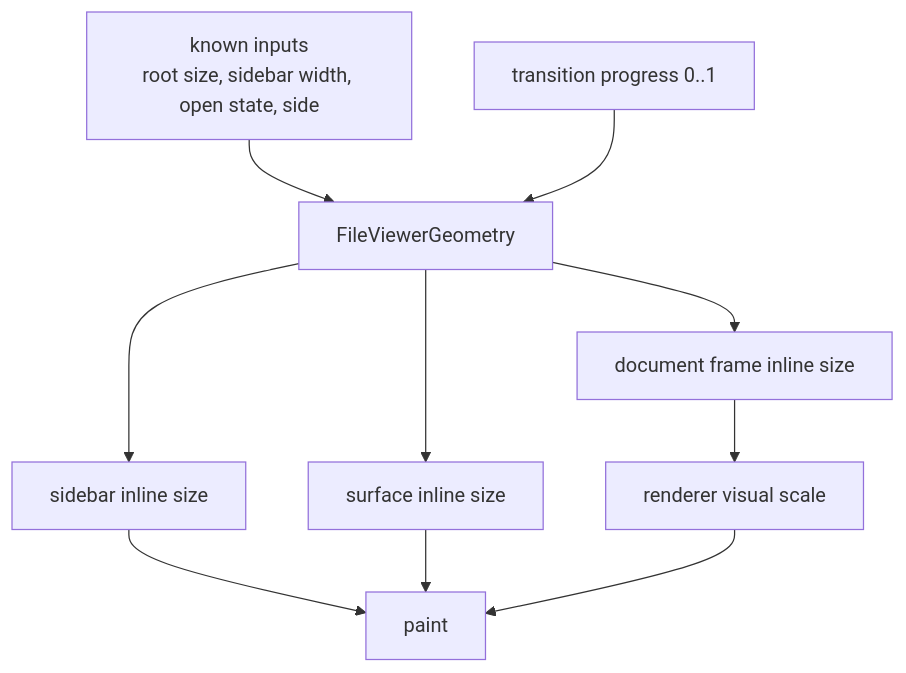
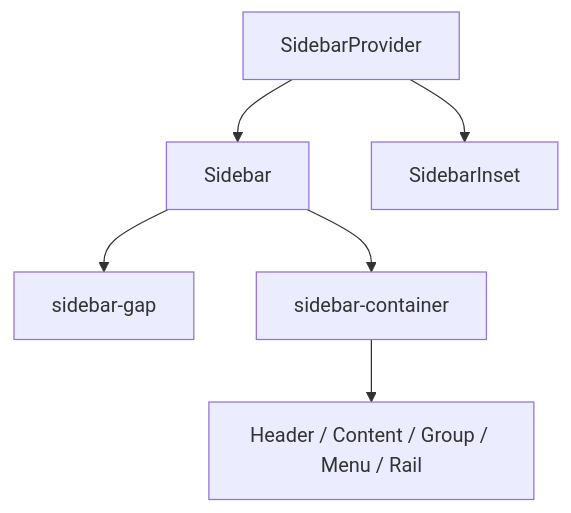
The eighth of 22 diagrams in design/file-viewer-geometry-contract-blueprint.md (retab-dev/retab-ui), drawn with Mermaid before and after one commit. The commit also changed other lines of this file and 98 other files, not shown here.

````diff
--- a/design/file-viewer-geometry-contract-blueprint.md
+++ b/design/file-viewer-geometry-contract-blueprint.md
@@ -127,21 +298,15 @@
 ```mermaid
 flowchart TD
-  Inputs["known inputs<br/>root size, sidebar width, open state, side"]
-  Progress["transition progress 0..1"]
-  Geometry["FileViewerGeometry"]
-  Sidebar["sidebar inline size"]
-  Surface["surface inline size"]
-  Frame["document frame inline size"]
-  Renderer["renderer visual scale"]
-  Paint["paint"]
+  Provider["SidebarProvider"]
+  Sidebar["Sidebar"]
+  Gap["sidebar-gap"]
+  Container["sidebar-container"]
+  Inset["SidebarInset"]
+  Slots["Header / Content / Group / Menu / Rail"]
 
-  Inputs --> Geometry
-  Progress --> Geometry
-  Geometry --> Sidebar
-  Geometry --> Surface
-  Geometry --> Frame
-  Frame --> Renderer
-  Sidebar --> Paint
-  Surface --> Paint
-  Renderer --> Paint
+  Provider --> Sidebar
+  Provider --> Inset
+  Sidebar --> Gap
+  Sidebar --> Container
+  Container --> Slots
 ```
````
